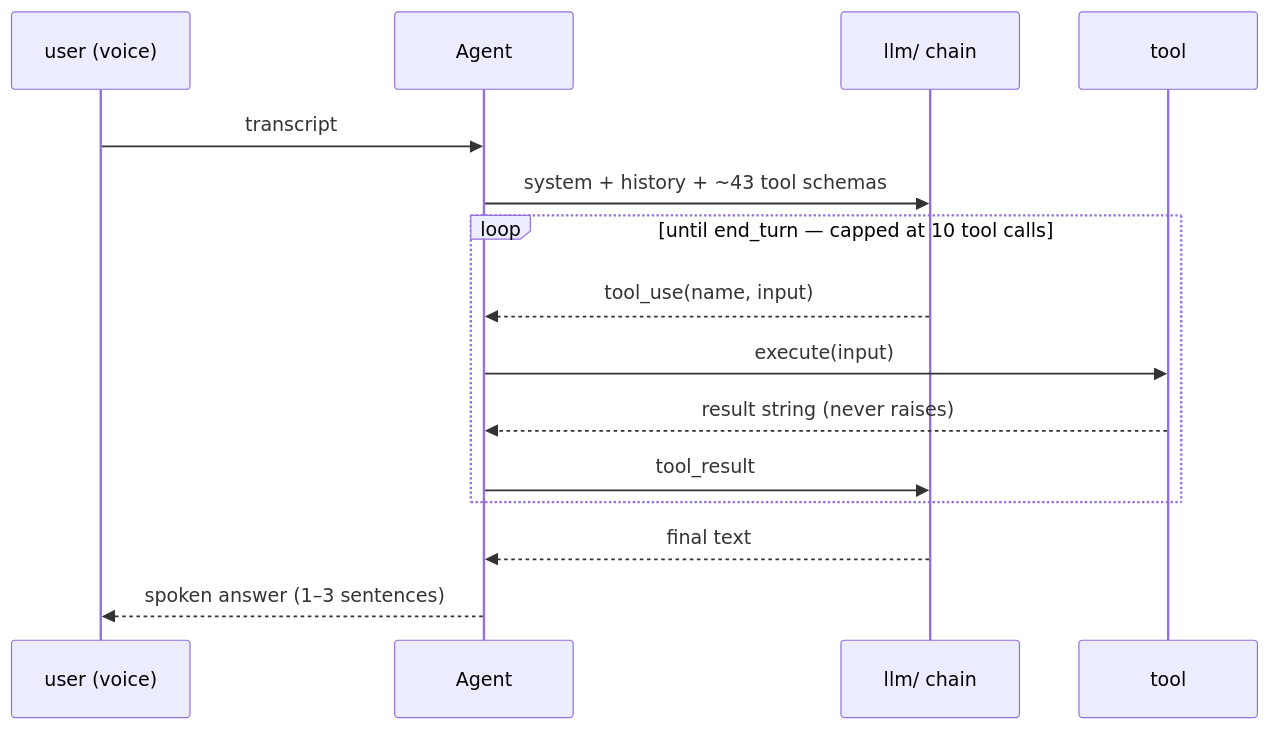
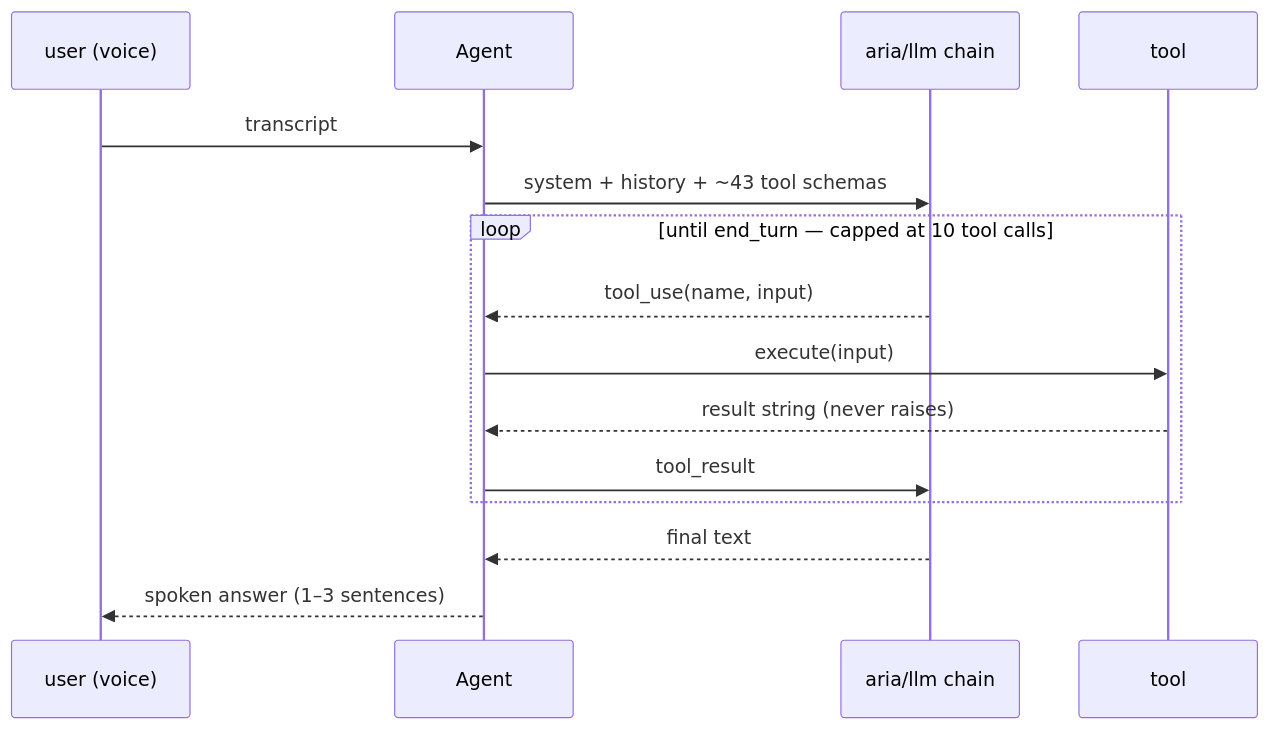
Before and after one commit to Bhanu1299/Aria: the second of 5 diagrams in ARCHITECTURE.md, drawn with Mermaid. The commit also changed other lines of this file and 211 other files, not shown here.

First line of the commit message:
refactor(architecture): flat root → aria/ package, grouped by concern

````diff
--- a/ARCHITECTURE.md
+++ b/ARCHITECTURE.md
@@ -67,18 +67,18 @@
 ```mermaid
 sequenceDiagram
     participant U as user (voice)
     participant A as Agent
-    participant L as llm/ chain
+    participant L as aria/llm chain
     participant T as tool
 
     U->>A: transcript
     A->>L: system + history + ~43 tool schemas
     loop until end_turn — capped at 10 tool calls
         L-->>A: tool_use(name, input)
         A->>T: execute(input)
         T-->>A: result string (never raises)
         A->>L: tool_result
     end
     L-->>A: final text
     A-->>U: spoken answer (1–3 sentences)
 ```
````
